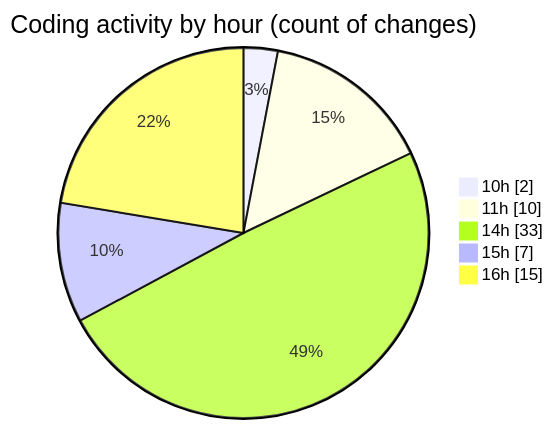
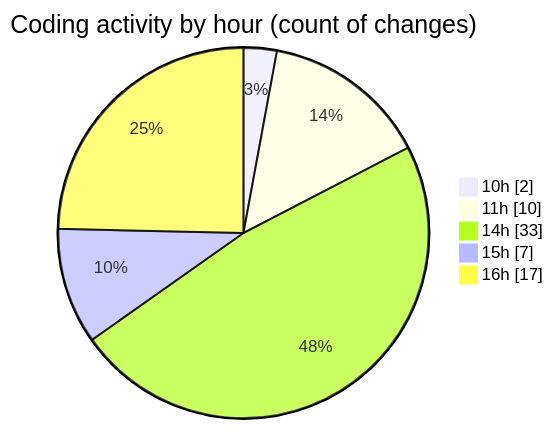
One commit to idhammustaqopulfikri/code-tracking changed the second of 2 diagrams in 2025-06-02/studio-backend/README.md. Above: the diagram before and after it, drawn with Mermaid. The commit also changed other lines of this file and 1 other file, not shown here.

````diff
--- a/2025-06-02/studio-backend/README.md
+++ b/2025-06-02/studio-backend/README.md
@@ -45,9 +45,9 @@
 ```mermaid
 pie showData
 title Coding activity by hour (count of changes)
 "10h" : 2
 "11h" : 10
 "14h" : 33
 "15h" : 7
-"16h" : 15
+"16h" : 17
 ```
````
